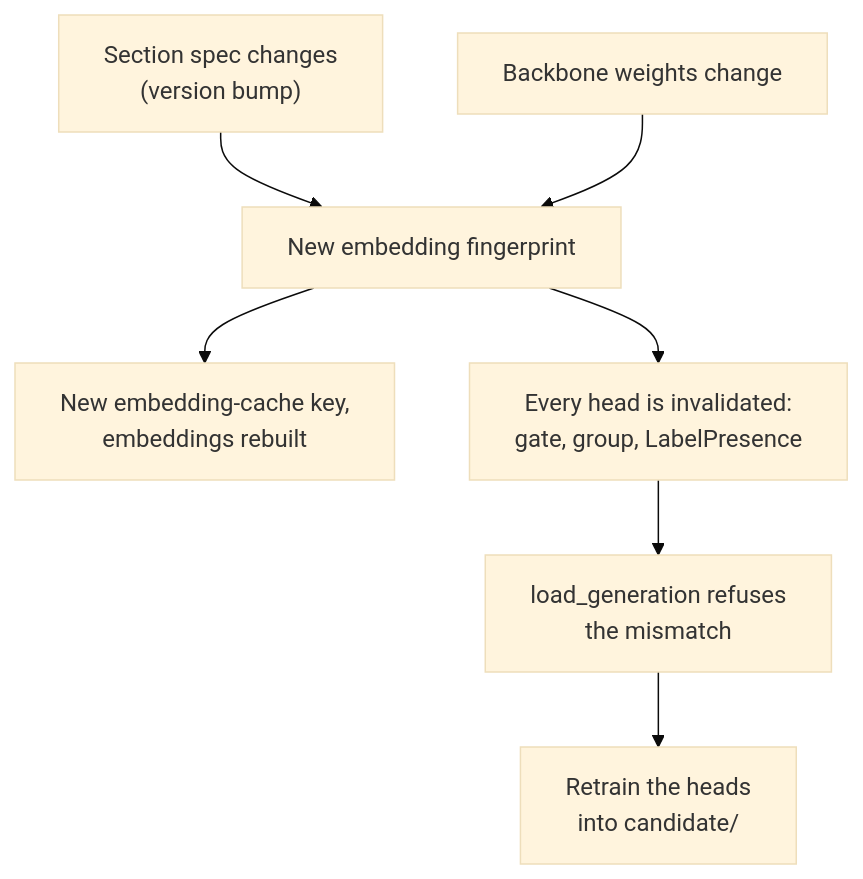
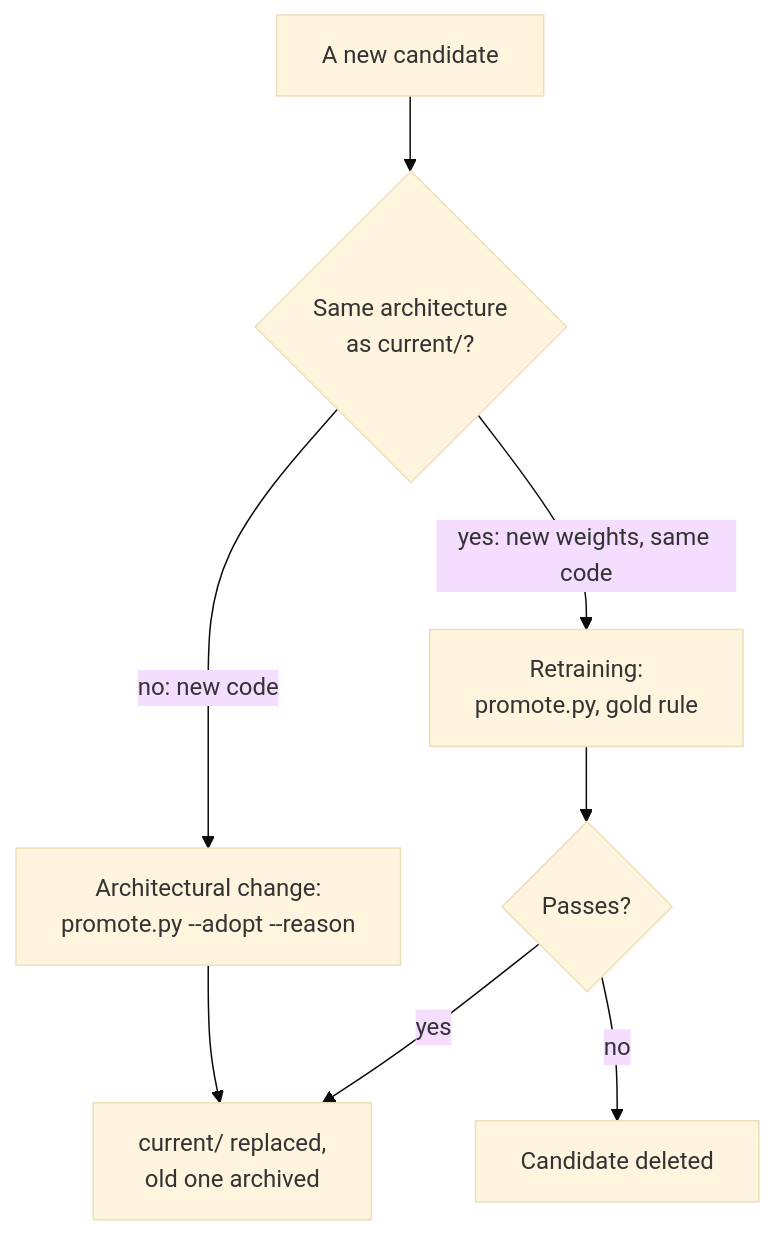
The second of 2 diagrams in ml/documentation/concepts/generations.md (YugrajD/UC-Davis-VMTH-Cancer-Registry), drawn with Mermaid (base theme) before and after one commit. The commit also changed other lines of this file and 32 other files, not shown here.

````diff
--- a/ml/documentation/concepts/generations.md
+++ b/ml/documentation/concepts/generations.md
@@ -99,9 +118,10 @@
 ```mermaid
 flowchart TD
-    spec["Section spec changes<br>(version bump)"] --> fp["New embedding fingerprint"]
-    bb["Backbone weights change"] --> fp
-    fp --> key["New embedding-cache key,<br>embeddings rebuilt"]
-    fp --> inv["Every head is invalidated:<br>gate, group, LabelPresence"]
-    inv --> refuse["load_generation refuses<br>the mismatch"]
-    refuse --> retrain["Retrain the heads<br>into candidate/"]
+    chg["A new candidate"] --> same{"Same architecture<br>as current/?"}
+    same -->|"yes: new weights, same code"| gold["Retraining:<br>promote.py, gold rule"]
+    same -->|"no: new code"| adopt["Architectural change:<br>promote.py --adopt --reason"]
+    gold --> win{"Passes?"}
+    win -->|yes| cur["current/ replaced,<br>old one archived"]
+    win -->|no| del["Candidate deleted"]
+    adopt --> cur
 ```
````
